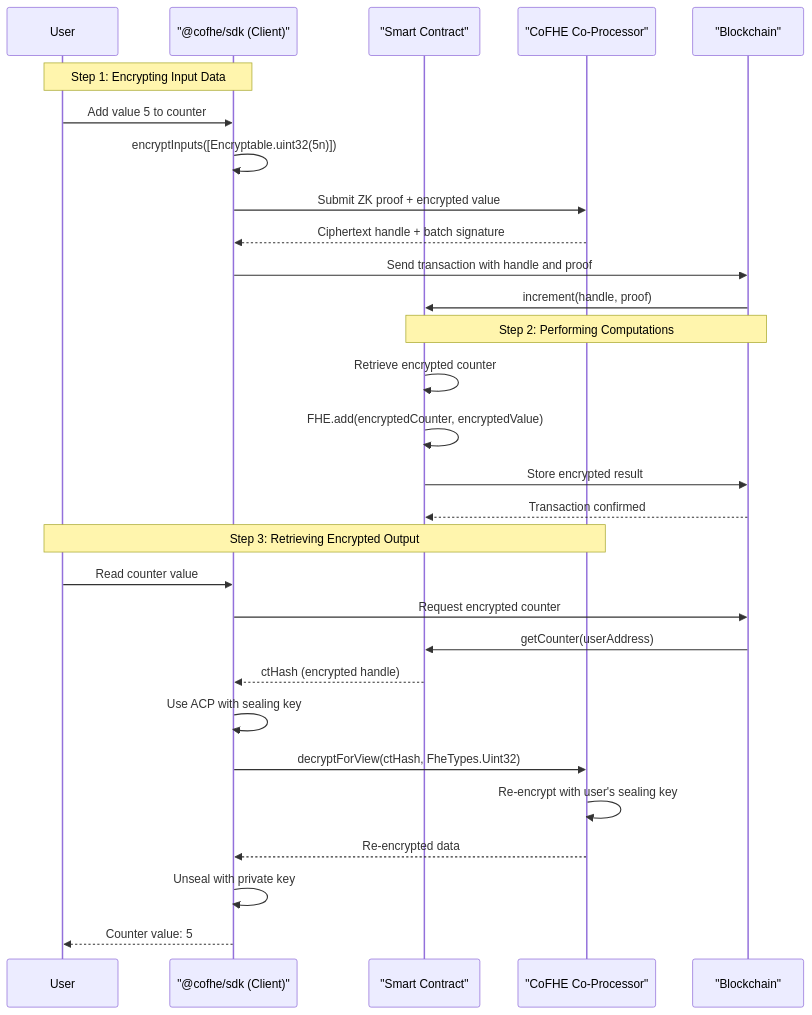
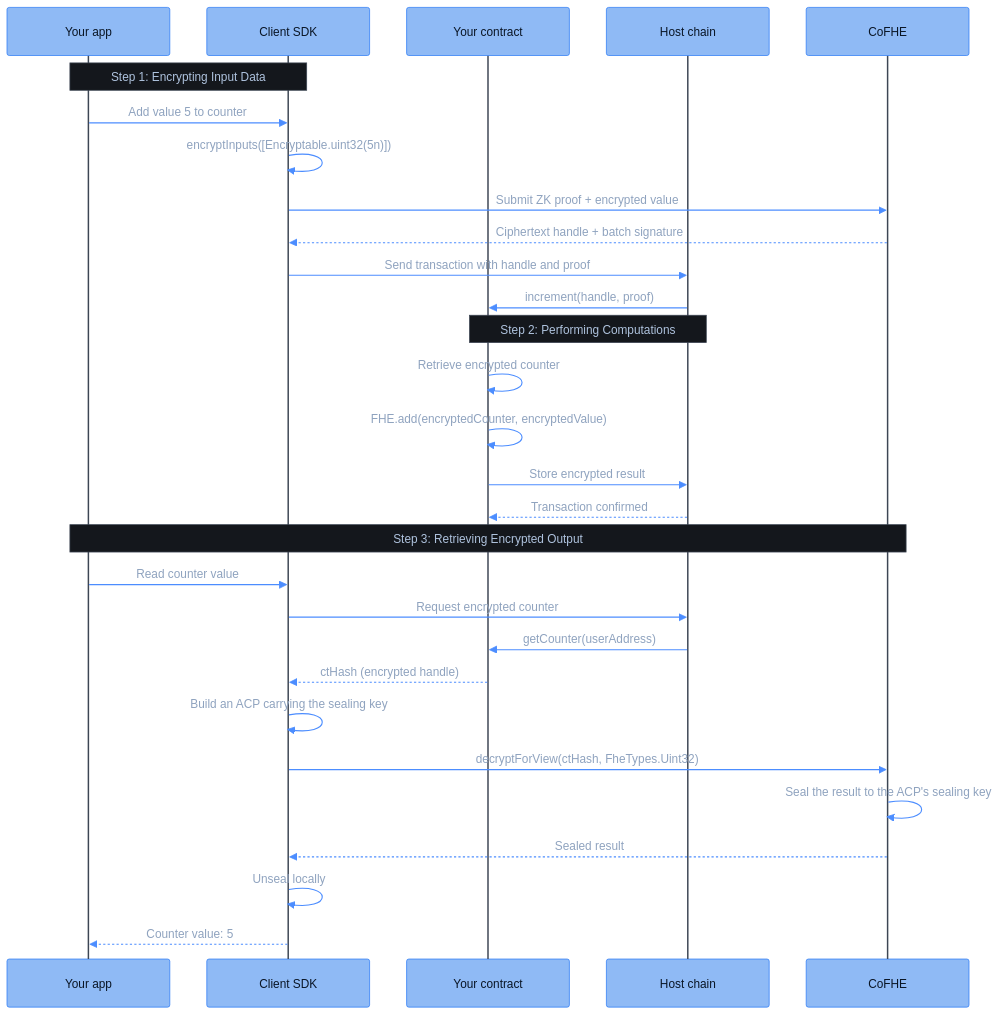
The diagram in client-sdk/introduction/mental-model.mdx (FhenixProtocol/fhenix-developer-docs), drawn with Mermaid before and after one commit. The commit also changed other lines of this file and 11 other files, not shown here.

First line of the commit message:
[DOCS] diagrams: one component vocabulary across every diagram and its page (#89)

````diff
--- a/client-sdk/introduction/mental-model.mdx
+++ b/client-sdk/introduction/mental-model.mdx
@@ -93,35 +93,36 @@
 ```mermaid
+%%{init: {"theme": "base", "themeVariables": {"fontFamily": "Menlo, Monaco, Consolas, monospace", "fontSize": "16px", "primaryColor": "#8FBAF5", "primaryBorderColor": "#2E7CF6", "primaryTextColor": "#0A1626", "lineColor": "#4C8DFF", "signalColor": "#4C8DFF", "signalTextColor": "#8FA3BF", "actorBkg": "#8FBAF5", "actorBorder": "#2E7CF6", "actorTextColor": "#0A1626", "actorLineColor": "#3D4654", "noteBkgColor": "#14171C", "noteBorderColor": "#3D4654", "noteTextColor": "#AFC3DE", "activationBkgColor": "#1E3A5F", "activationBorderColor": "#4C8DFF", "clusterBkg": "#14171C", "clusterBorder": "#3D4654", "titleColor": "#E7EAEE", "edgeLabelBackground": "#8FBAF5", "textColor": "#AFC3DE", "labelTextColor": "#E7EAEE", "tertiaryColor": "#14171C", "loopTextColor": "#AFC3DE", "labelBoxBkgColor": "#1E3A5F", "labelBoxBorderColor": "#4C8DFF"}, "sequence": {"actorFontFamily": "Menlo, Monaco, Consolas, monospace", "messageFontFamily": "Menlo, Monaco, Consolas, monospace", "noteFontFamily": "Menlo, Monaco, Consolas, monospace", "width": 220, "actorFontSize": 16, "messageFontSize": 16, "noteFontSize": 15}}}%%
 sequenceDiagram
-    participant User
-    participant SDK as "@cofhe/sdk (Client)"
-    participant Contract as "Smart Contract"
-    participant CoFHE as "CoFHE Co-Processor"
-    participant Blockchain as "Blockchain"
+    participant App as Your app
+    participant SDK as Client SDK
+    participant C as Your contract
+    participant Chain as Host chain
+    participant CoFHE as CoFHE
 
-    Note over User,SDK: Step 1: Encrypting Input Data
-    User->>SDK: Add value 5 to counter
+    Note over App,SDK: Step 1: Encrypting Input Data
+    App->>SDK: Add value 5 to counter
     SDK->>SDK: encryptInputs([Encryptable.uint32(5n)])
     SDK->>CoFHE: Submit ZK proof + encrypted value
     CoFHE-->>SDK: Ciphertext handle + batch signature
-    SDK->>Blockchain: Send transaction with handle and proof
-    Blockchain->>Contract: increment(handle, proof)
+    SDK->>Chain: Send transaction with handle and proof
+    Chain->>C: increment(handle, proof)
 
-    Note over Contract,Blockchain: Step 2: Performing Computations
-    Contract->>Contract: Retrieve encrypted counter
-    Contract->>Contract: FHE.add(encryptedCounter, encryptedValue)
-    Contract->>Blockchain: Store encrypted result
-    Blockchain-->>Contract: Transaction confirmed
+    Note over C,Chain: Step 2: Performing Computations
+    C->>C: Retrieve encrypted counter
+    C->>C: FHE.add(encryptedCounter, encryptedValue)
+    C->>Chain: Store encrypted result
+    Chain-->>C: Transaction confirmed
 
-    Note over User,CoFHE: Step 3: Retrieving Encrypted Output
-    User->>SDK: Read counter value
-    SDK->>Blockchain: Request encrypted counter
-    Blockchain->>Contract: getCounter(userAddress)
-    Contract-->>SDK: ctHash (encrypted handle)
+    Note over App,CoFHE: Step 3: Retrieving Encrypted Output
+    App->>SDK: Read counter value
+    SDK->>Chain: Request encrypted counter
+    Chain->>C: getCounter(userAddress)
+    C-->>SDK: ctHash (encrypted handle)
 
-    SDK->>SDK: Use ACP with sealing key
+    SDK->>SDK: Build an ACP carrying the sealing key
     SDK->>CoFHE: decryptForView(ctHash, FheTypes.Uint32)
-    CoFHE->>CoFHE: Re-encrypt with user's sealing key
-    CoFHE-->>SDK: Re-encrypted data
-    SDK->>SDK: Unseal with private key
-    SDK-->>User: Counter value: 5
+    CoFHE->>CoFHE: Seal the result to the ACP's sealing key
+    CoFHE-->>SDK: Sealed result
+    SDK->>SDK: Unseal locally
+    SDK-->>App: Counter value: 5
 ```
````
